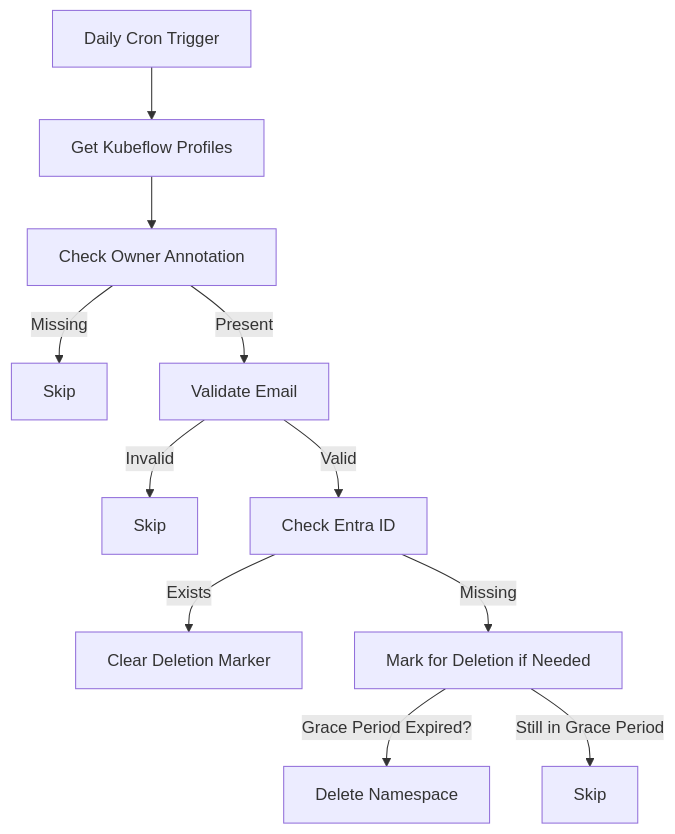
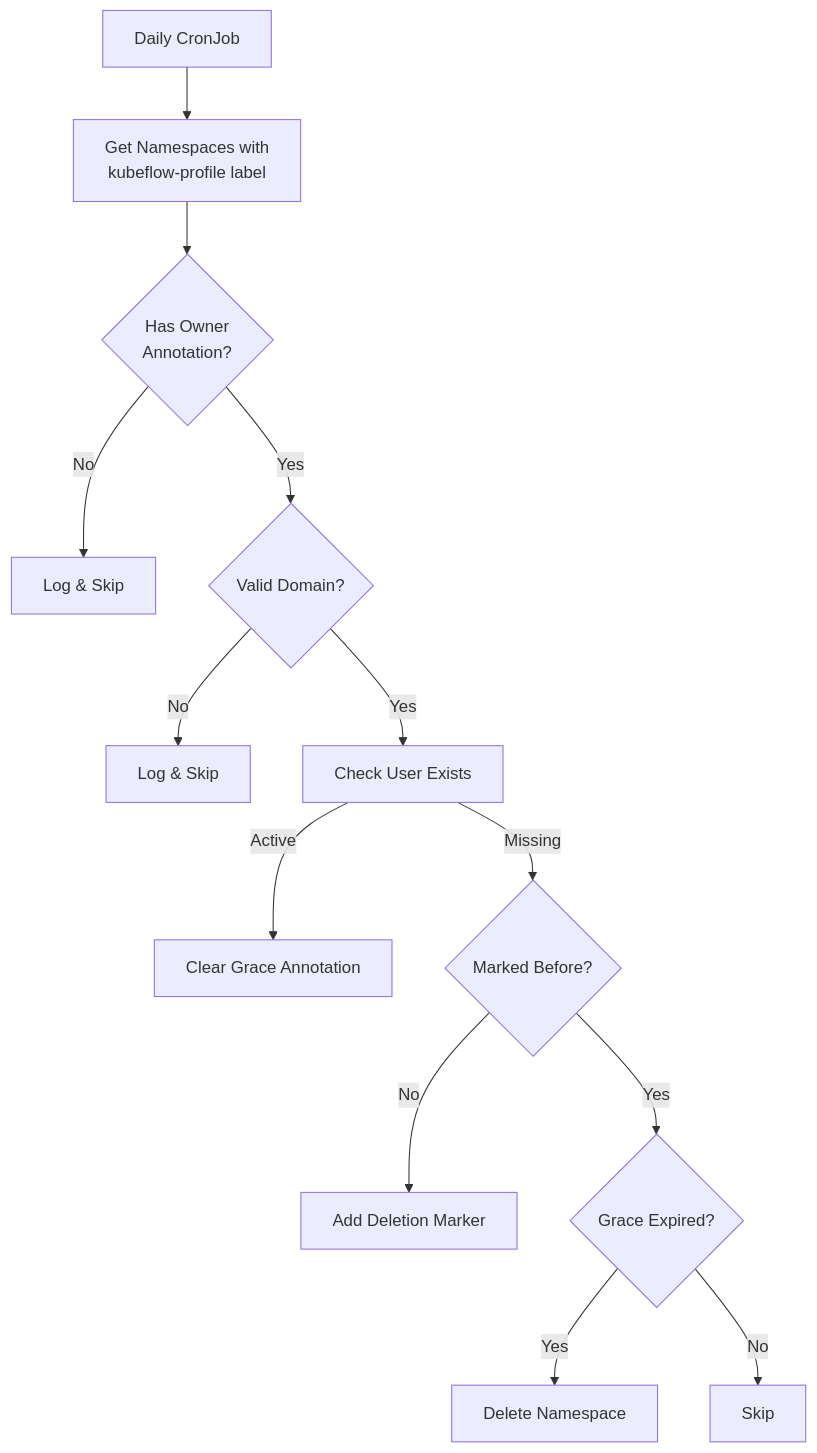
The diagram in README.md (bryanpaget/namespace-auditor), drawn with Mermaid before and after one commit. The commit also changed other lines of this file, not shown here.

````diff
--- a/README.md
+++ b/README.md
@@ -5,14 +5,15 @@
 ```mermaid
 flowchart TD
-    A[Daily Cron Trigger] --> B[Get Kubeflow Profiles]
-    B --> C[Check Owner Annotation]
-    C -->|Missing| D[Skip]
-    C -->|Present| E[Validate Email]
-    E -->|Invalid| F[Skip]
-    E -->|Valid| G[Check Entra ID]
-    G -->|Exists| H[Clear Deletion Marker]
-    G -->|Missing| I[Mark for Deletion if Needed]
-    I -->|Grace Period Expired?| J[Delete Namespace]
-    I -->|Still in Grace Period| K[Skip]
-
+    A[Daily CronJob] --> B[Get Namespaces with<br>kubeflow-profile label]
+    B --> C{Has Owner<br>Annotation?}
+    C -->|No| D[Log & Skip]
+    C -->|Yes| E{Valid Domain?}
+    E -->|No| F[Log & Skip]
+    E -->|Yes| G[Check User Exists]
+    G -->|Active| H[Clear Grace Annotation]
+    G -->|Missing| I{Marked Before?}
+    I -->|No| J[Add Deletion Marker]
+    I -->|Yes| K{Grace Expired?}
+    K -->|Yes| L[Delete Namespace]
+    K -->|No| M[Skip]
 ```
````
